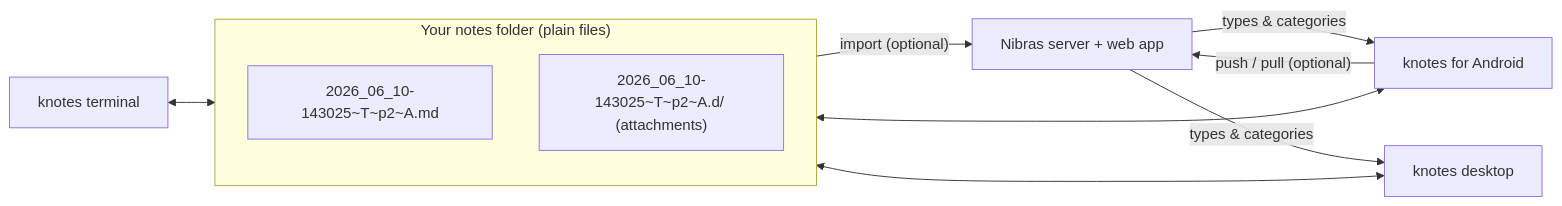
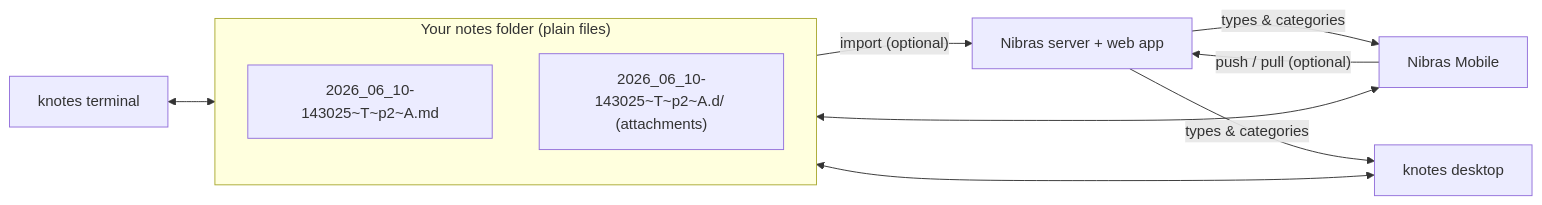
Before and after one commit to mhm-fakih/nibras-pim: the diagram in docs/src/concepts/index.md, drawn with Mermaid. The commit also changed 196 other files, not shown here.

````diff
--- a/docs/src/concepts/index.md
+++ b/docs/src/concepts/index.md
@@ -6,14 +6,14 @@
 ```mermaid
 flowchart LR
     subgraph folder["Your notes folder (plain files)"]
         N["2026_06_10-143025~T~p2~A.md"]
         D["2026_06_10-143025~T~p2~A.d/ (attachments)"]
     end
-    Phone["knotes for Android"] <--> folder
+    Phone["Nibras Mobile"] <--> folder
     Desktop["knotes desktop"] <--> folder
     Term["knotes terminal"] <--> folder
     folder -- "import (optional)" --> Server["Nibras server + web app"]
     Phone -- "push / pull (optional)" --> Server
     Server -- "types & categories" --> Phone
     Server -- "types & categories" --> Desktop
 ```
````
